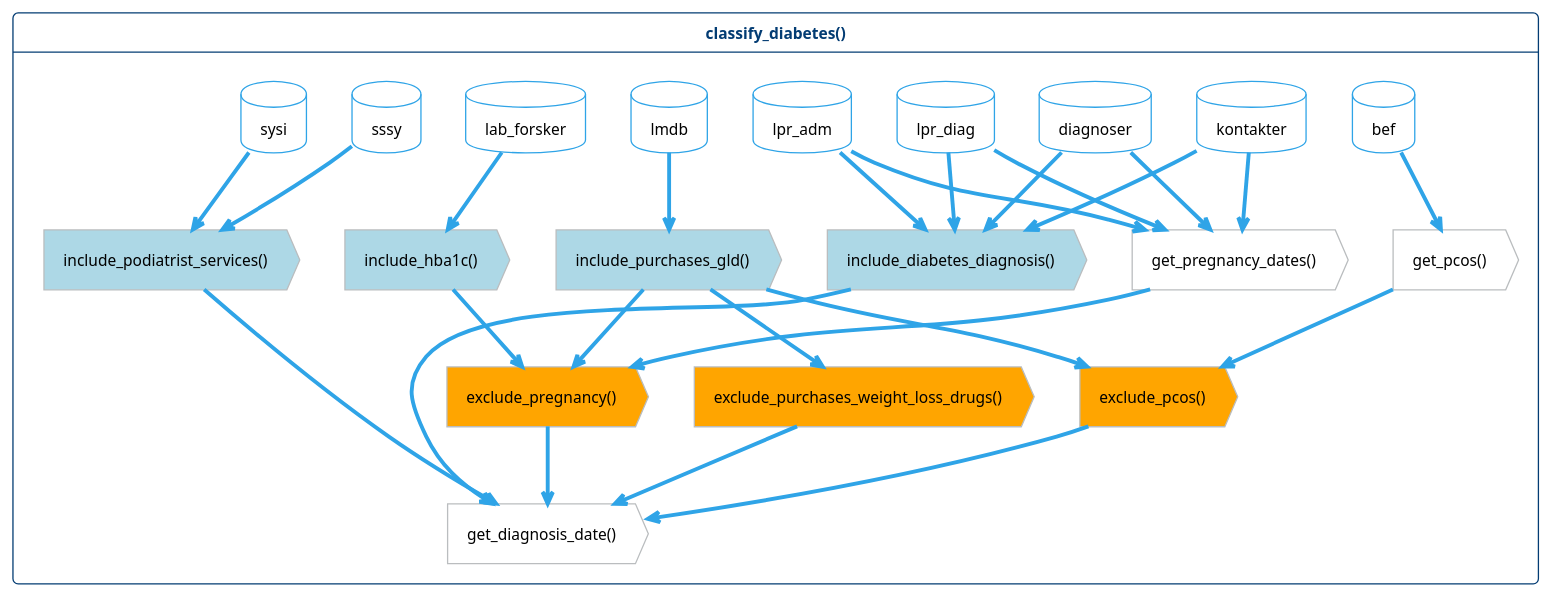
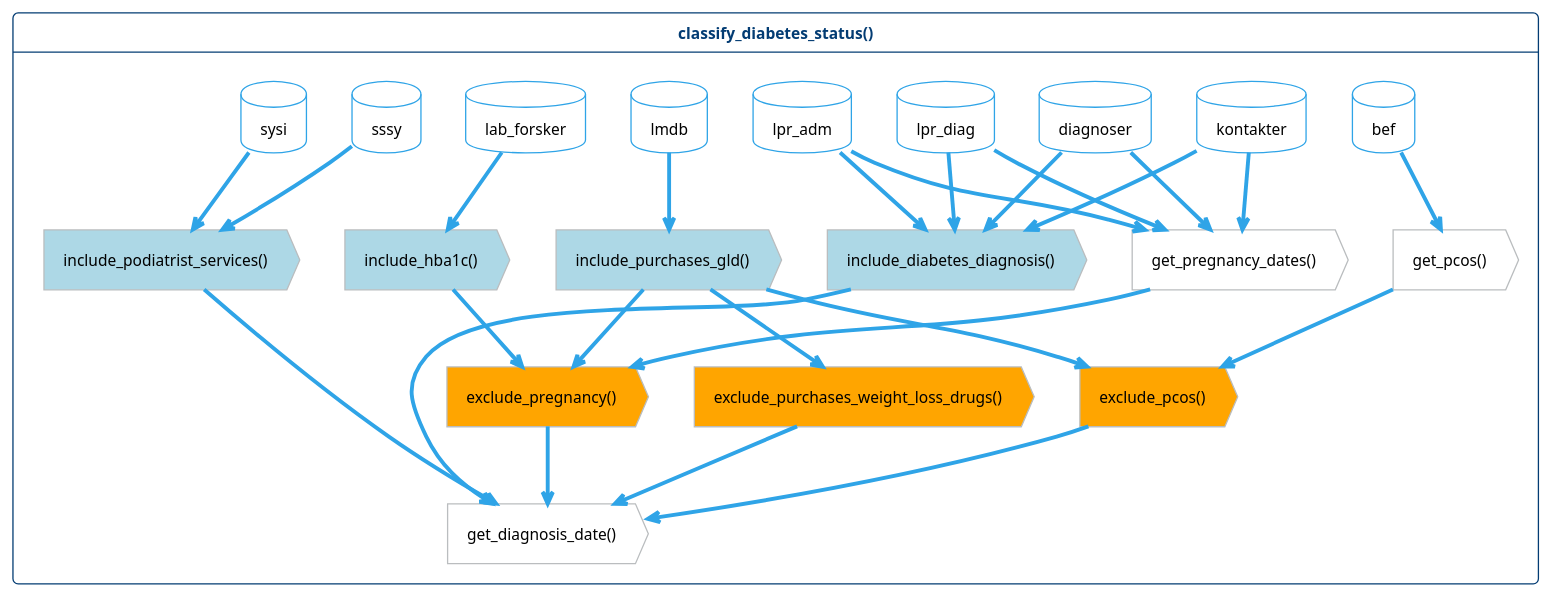
The diagram in vignettes/images/function-flow.puml (steno-aarhus/osdc), drawn with PlantUML before and after one commit.

Commit message:
fix: add "_status" to the name of the "classify_diabetes" function

```diff
--- a/vignettes/images/function-flow.puml
+++ b/vignettes/images/function-flow.puml
@@ -1,83 +1,83 @@
 @startuml function-flow
 !theme cerulean-outline
 <style>
 action {
     FontColor black
 }
 database {
     FontColor black
 }
 .inclusion {
     BackgroundColor lightblue
 }
 .exclusion {
     BackgroundColor orange
 }
 </style>
 
 hide <<inclusion>> stereotype
 hide <<exclusion>> stereotype
 
-card classify_diabetes() as cd {
+card classify_diabetes_status() as cd {
     together {
         database sssy
         database sysi
         database lpr_diag
         database lpr_adm
         database lmdb
         database lab_forsker
         database kontakter
         database diagnoser
         database bef
     }
 
     action "get_pregnancy_dates()" as pregnancy
     action "get_pcos()" as pcos
     action "get_diagnosis_date()" as diagnosis_date
 
     together {
         action "exclude_pregnancy()" as ex_pregnancy <<exclusion>>
         action "exclude_purchases_weight_loss_drugs()" as ex_wld <<exclusion>>
         action "exclude_pcos()" as ex_pcos <<exclusion>>
     }
 
     together {
         action "include_hba1c()" as in_hba1c <<inclusion>>
         action "include_diabetes_diagnosis()" as in_diagnosis <<inclusion>>
         action "include_podiatrist_services()" as in_podiatrist <<inclusion>>
         action "include_purchases_gld()" as in_gld <<inclusion>>
     }
 
     lab_forsker --> in_hba1c
     in_hba1c --> ex_pregnancy
 
     lpr_diag --> pregnancy
     lpr_adm --> pregnancy
     kontakter --> pregnancy
     diagnoser --> pregnancy
     pregnancy -> ex_pregnancy
 
     lpr_diag --> in_diagnosis
     lpr_adm --> in_diagnosis
     kontakter --> in_diagnosis
     diagnoser --> in_diagnosis
 
     sssy --> in_podiatrist
     sysi --> in_podiatrist
     
     lmdb --> in_gld
     in_gld --> ex_pregnancy
     in_gld --> ex_wld
 
     bef --> pcos
     in_gld --> ex_pcos
     pcos --> ex_pcos
 
     ex_wld --> diagnosis_date
     ex_pregnancy --> diagnosis_date
     ex_pcos --> diagnosis_date
     in_podiatrist --> diagnosis_date
     in_diagnosis --> diagnosis_date
 
 }
 @enduml
```
